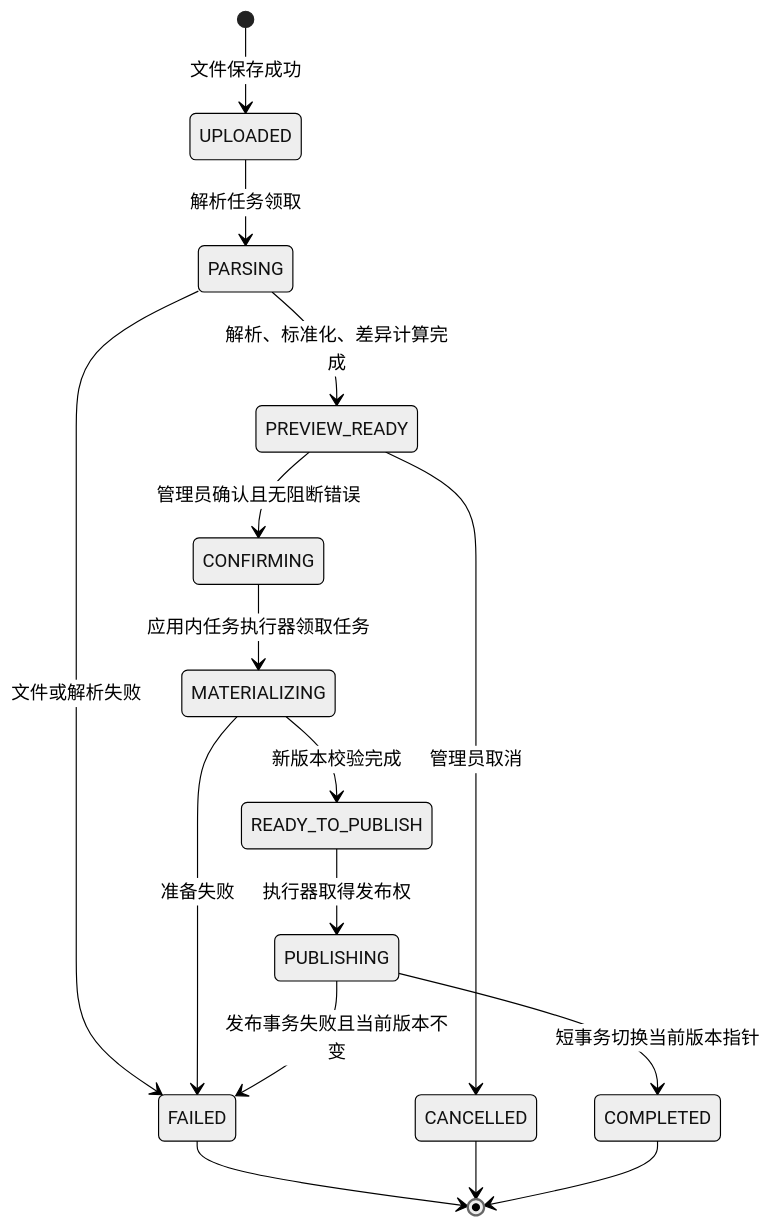
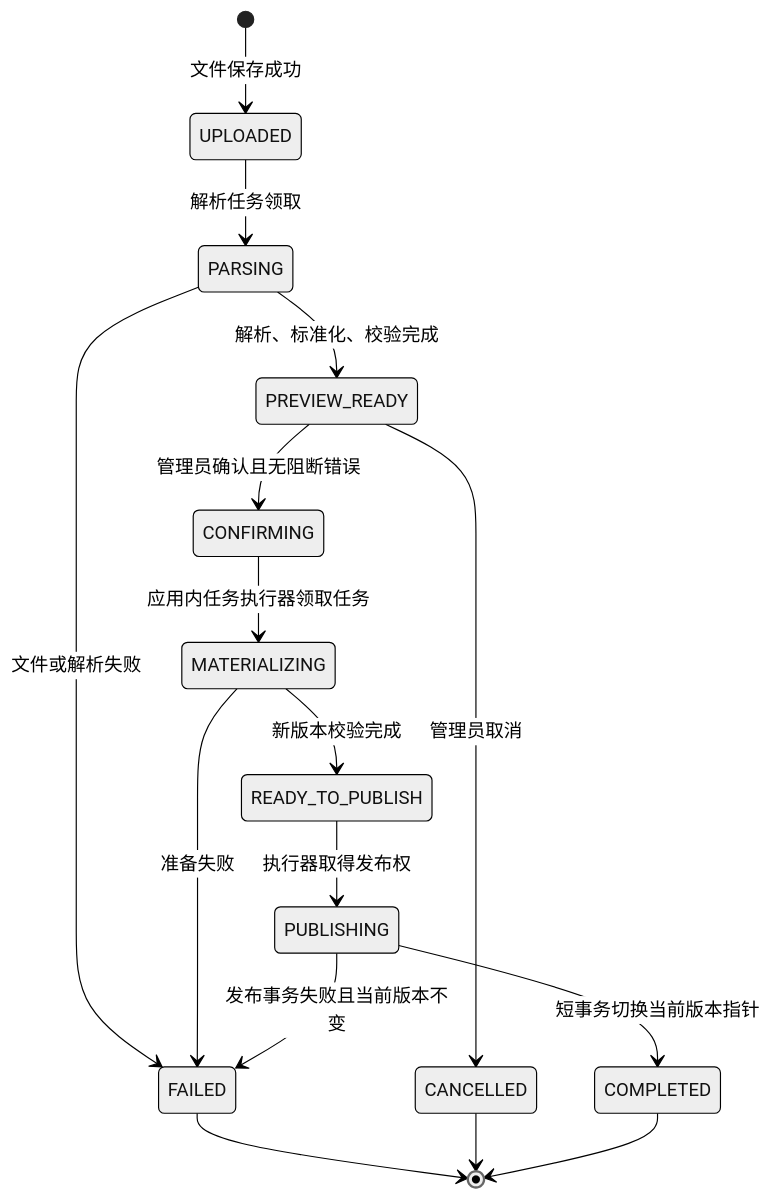
Before and after one commit to ChenWang08/ordershow: the third of 7 diagrams in docs/design/04-state-machines.md, drawn with Mermaid (neutral theme). The commit also changed other lines of this file and 24 other files, not shown here.

````diff
--- a/docs/design/04-state-machines.md
+++ b/docs/design/04-state-machines.md
@@ -134,18 +134,18 @@
 ```mermaid
 stateDiagram-v2
   [*] --> UPLOADED: 文件保存成功
   UPLOADED --> PARSING: 解析任务领取
-  PARSING --> PREVIEW_READY: 解析、标准化、差异计算完成
+  PARSING --> PREVIEW_READY: 解析、标准化、校验完成
   PARSING --> FAILED: 文件或解析失败
   PREVIEW_READY --> CONFIRMING: 管理员确认且无阻断错误
   PREVIEW_READY --> CANCELLED: 管理员取消
   CONFIRMING --> MATERIALIZING: 应用内任务执行器领取任务
   MATERIALIZING --> READY_TO_PUBLISH: 新版本校验完成
   MATERIALIZING --> FAILED: 准备失败
   READY_TO_PUBLISH --> PUBLISHING: 执行器取得发布权
   PUBLISHING --> COMPLETED: 短事务切换当前版本指针
   PUBLISHING --> FAILED: 发布事务失败且当前版本不变
   FAILED --> [*]
   CANCELLED --> [*]
   COMPLETED --> [*]
 ```
````
